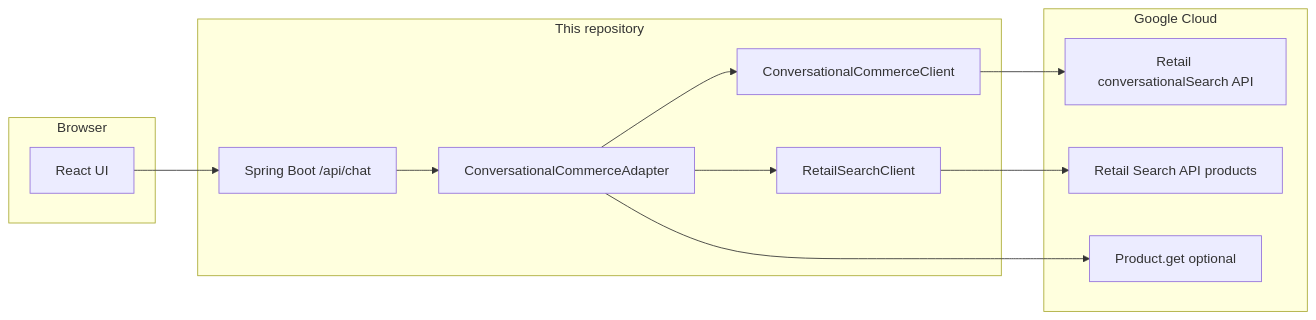
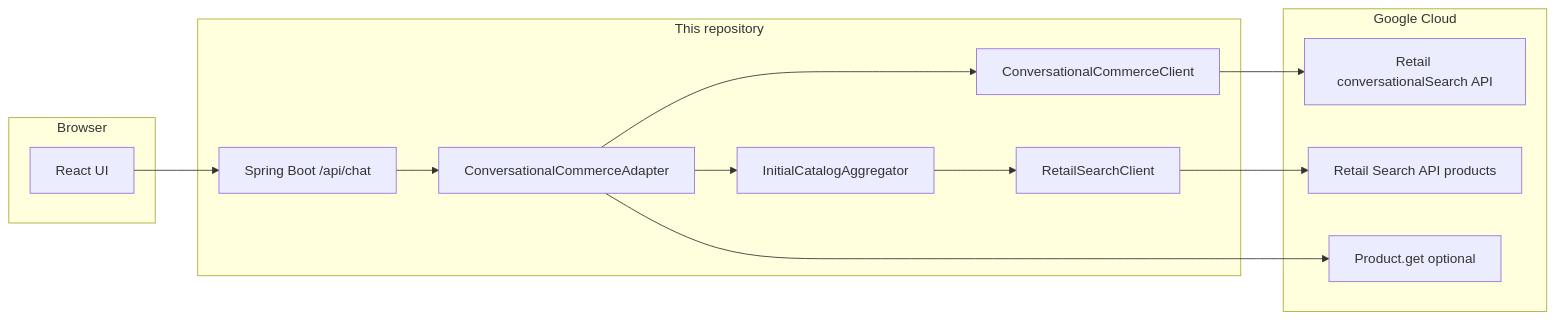
The diagram in docs/system-overview.md (rshoemake-grid/ConversationalFilteringAgent), drawn with Mermaid before and after one commit. The commit also changed other lines of this file and 38 other files, not shown here.

````diff
--- a/docs/system-overview.md
+++ b/docs/system-overview.md
@@ -9,24 +9,26 @@
 ```mermaid
 flowchart LR
   subgraph client [Browser]
     UI[React UI]
   end
   subgraph app [This repository]
     API[Spring Boot /api/chat]
     Adapter[ConversationalCommerceAdapter]
+    Agg[InitialCatalogAggregator]
     ConvoClient[ConversationalCommerceClient]
     SearchClient[RetailSearchClient]
   end
   subgraph gcp [Google Cloud]
     CS[Retail conversationalSearch API]
     RS[Retail Search API products]
     PG[Product.get optional]
   end
   UI --> API
   API --> Adapter
   Adapter --> ConvoClient
   ConvoClient --> CS
-  Adapter --> SearchClient
+  Adapter --> Agg
+  Agg --> SearchClient
   SearchClient --> RS
   Adapter --> PG
 ```
````
